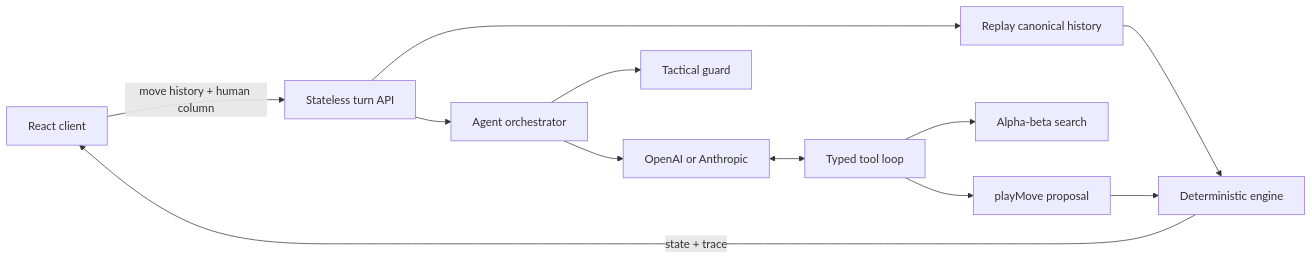
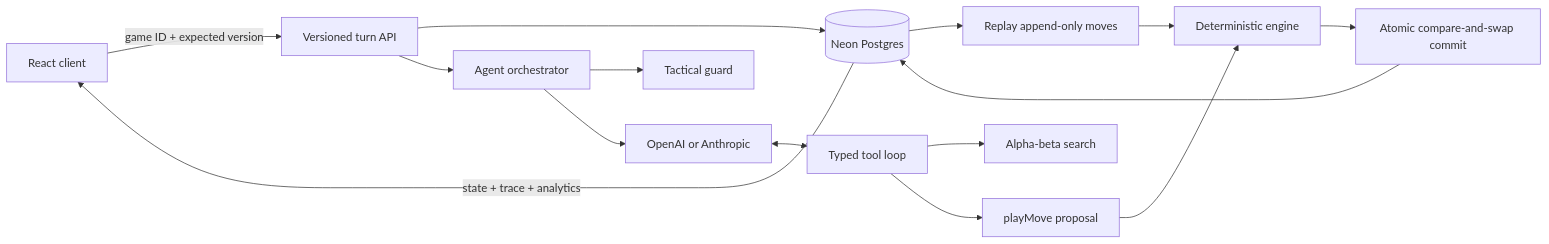
The diagram in README.md (xsachax/netic-onsite), drawn with Mermaid before and after one commit. The commit also changed other lines of this file and 1 other file, not shown here.

````diff
--- a/README.md
+++ b/README.md
@@ -39,14 +41,17 @@
 ```mermaid
 flowchart LR
-    UI[React client] -->|move history + human column| API[Stateless turn API]
-    API --> REPLAY[Replay canonical history]
+    UI[React client] -->|game ID + expected version| API[Versioned turn API]
+    API --> DB[(Neon Postgres)]
+    DB --> REPLAY[Replay append-only moves]
     REPLAY --> ENGINE[Deterministic engine]
     API --> ORCH[Agent orchestrator]
     ORCH --> GUARD[Tactical guard]
     ORCH --> LLM[OpenAI or Anthropic]
     LLM <--> TOOLS[Typed tool loop]
     TOOLS --> SEARCH[Alpha-beta search]
     TOOLS --> ACTION[playMove proposal]
     ACTION --> ENGINE
-    ENGINE -->|state + trace| UI
+    ENGINE --> CAS[Atomic compare-and-swap commit]
+    CAS --> DB
+    DB -->|state + trace + analytics| UI
 ```
````
